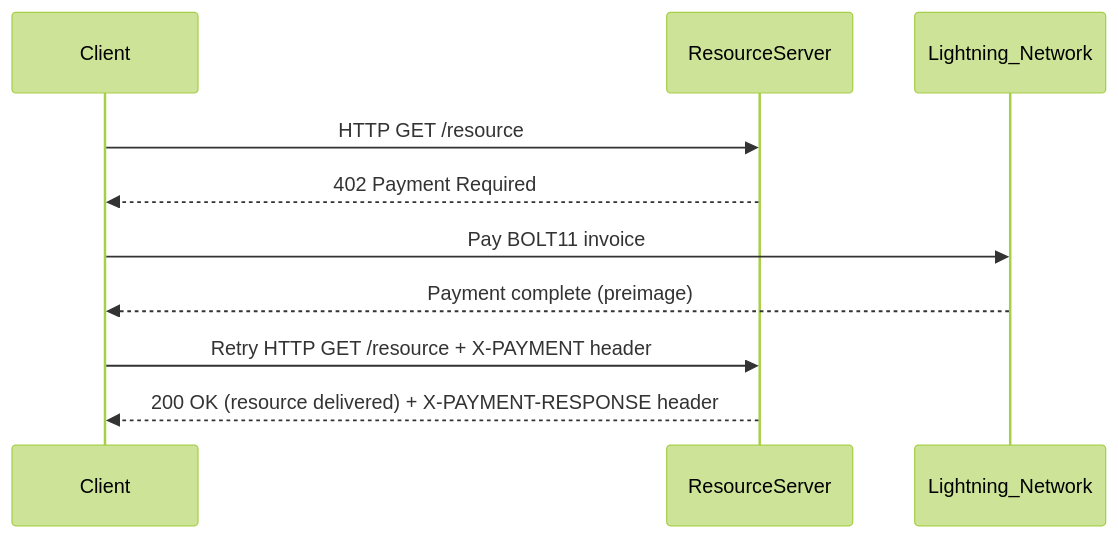
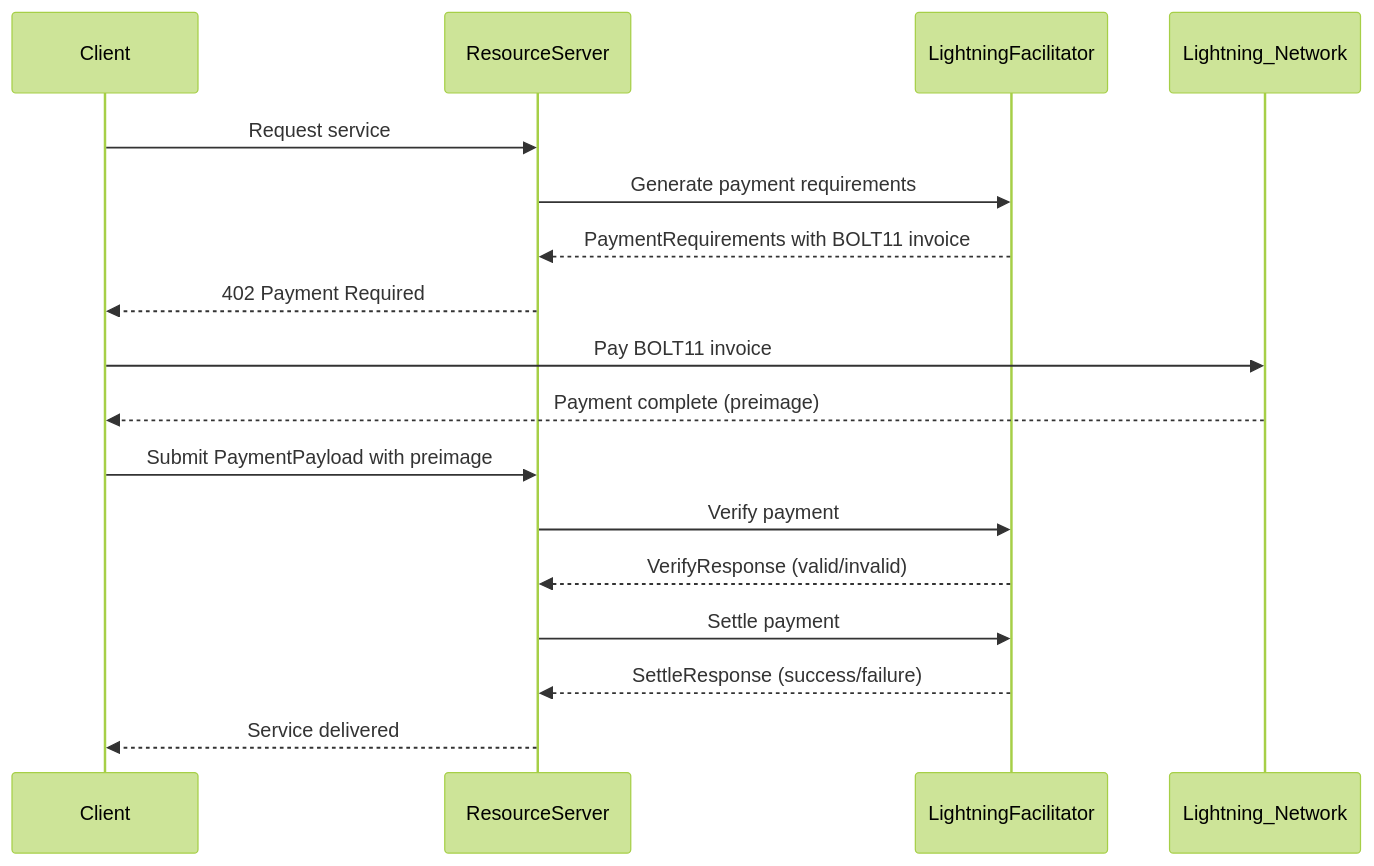
One commit to google-agentic-commerce/a2a-x402 changed the diagram in schemes/scheme_exact_lightning.md. Above: the diagram before and after it, drawn with Mermaid (forest theme). The commit also changed other lines of this file, not shown here.

First line of the commit message:
refactor: Redesign Lightning scheme to use x402 facilitator pattern

````diff
--- a/schemes/scheme_exact_lightning.md
+++ b/schemes/scheme_exact_lightning.md
@@ -101,15 +99,22 @@
 ```mermaid
 sequenceDiagram
    participant Client
    participant ResourceServer
+   participant LightningFacilitator
    participant Lightning_Network
 
-   Client->>ResourceServer: HTTP GET /resource
+   Client->>ResourceServer: Request service
+   ResourceServer->>LightningFacilitator: Generate payment requirements
+   LightningFacilitator-->>ResourceServer: PaymentRequirements with BOLT11 invoice
    ResourceServer-->>Client: 402 Payment Required
 
    Client->>Lightning_Network: Pay BOLT11 invoice
    Lightning_Network-->>Client: Payment complete (preimage)
 
-   Client->>ResourceServer: Retry HTTP GET /resource + X-PAYMENT header
-   ResourceServer-->>Client: 200 OK (resource delivered) + X-PAYMENT-RESPONSE header
+   Client->>ResourceServer: Submit PaymentPayload with preimage
+   ResourceServer->>LightningFacilitator: Verify payment
+   LightningFacilitator-->>ResourceServer: VerifyResponse (valid/invalid)
+   ResourceServer->>LightningFacilitator: Settle payment
+   LightningFacilitator-->>ResourceServer: SettleResponse (success/failure)
+   ResourceServer-->>Client: Service delivered
 ```
````
